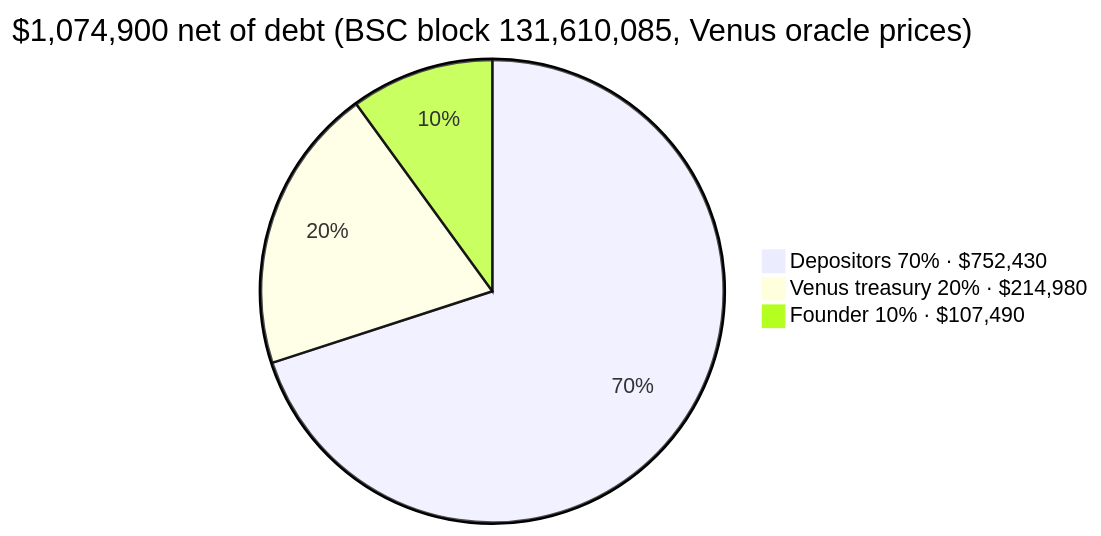
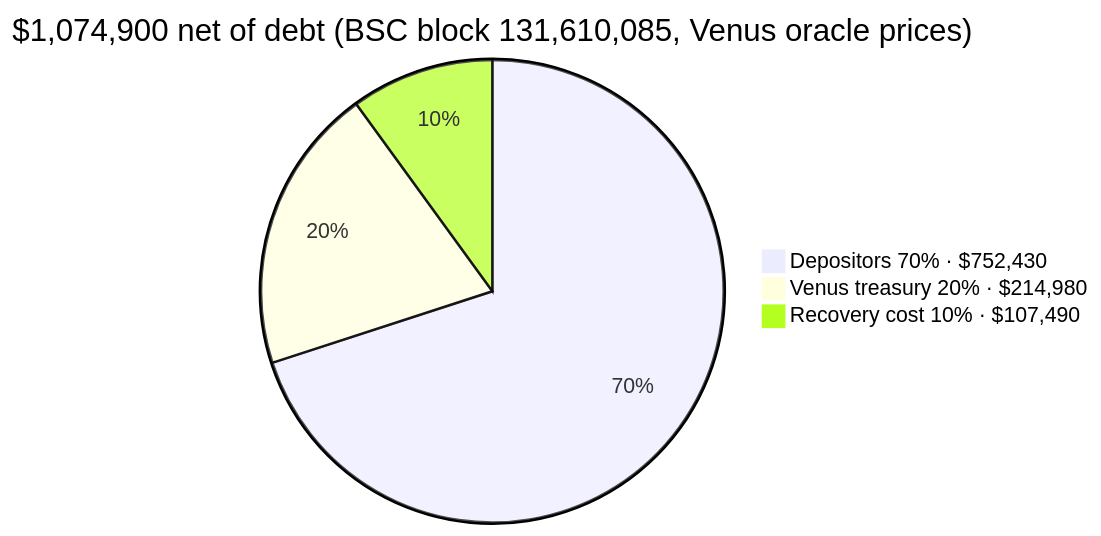
One commit to Lefgk/rake-venus-proposal-short changed the first of 2 diagrams in PROPOSAL.md. Above: the diagram before and after it, drawn with Mermaid. The commit also changed other lines of this file and 2 other files, not shown here.

Commit message:
10% labelled recovery cost; announce in @forexsharkcalls

````diff
--- a/PROPOSAL.md
+++ b/PROPOSAL.md
@@ -12,6 +12,6 @@
 ```mermaid
 pie title $1,074,900 net of debt (BSC block 131,610,085, Venus oracle prices)
     "Depositors 70% · $752,430" : 70
     "Venus treasury 20% · $214,980" : 20
-    "Founder 10% · $107,490" : 10
+    "Recovery cost 10% · $107,490" : 10
 ```
````
